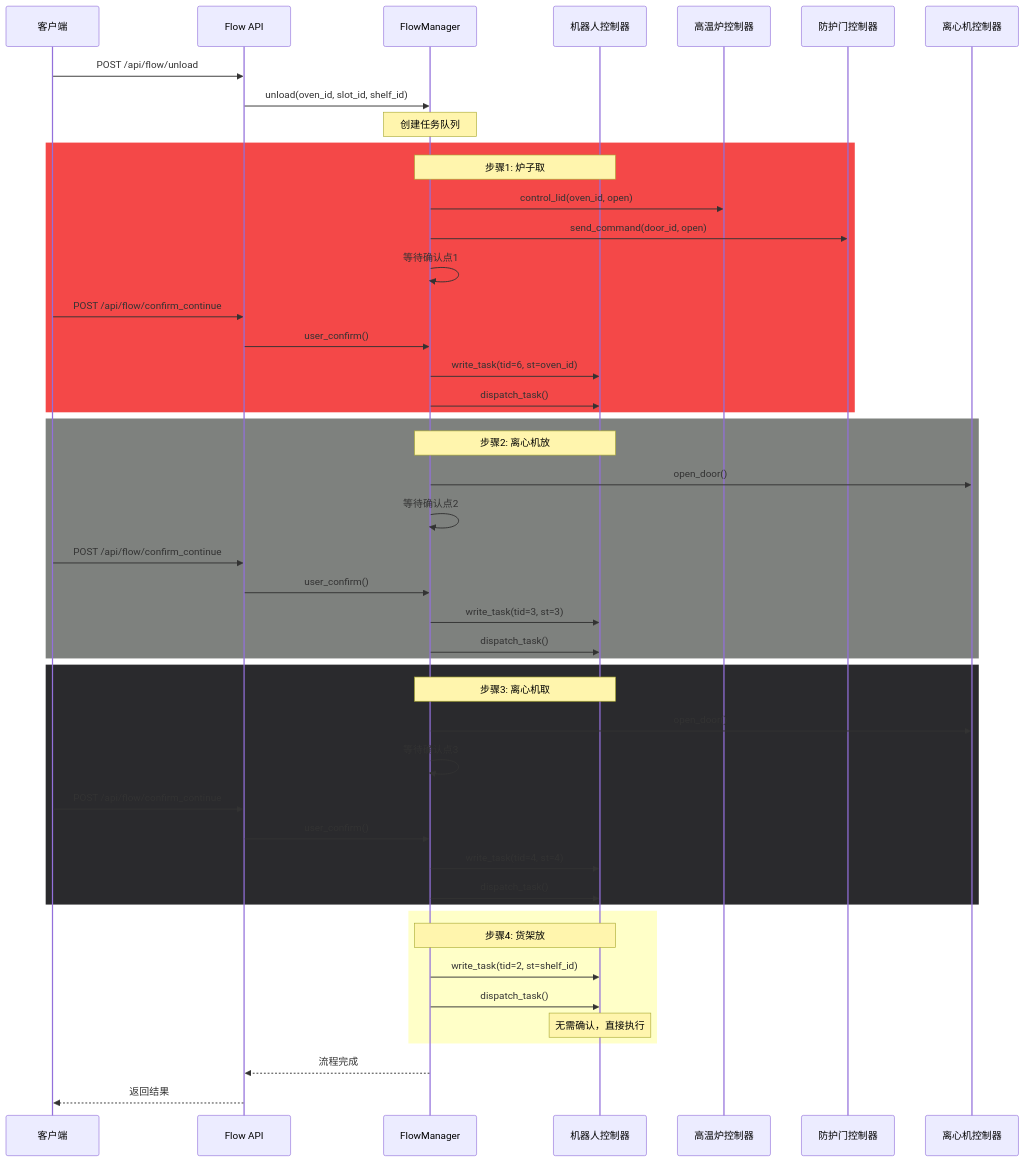
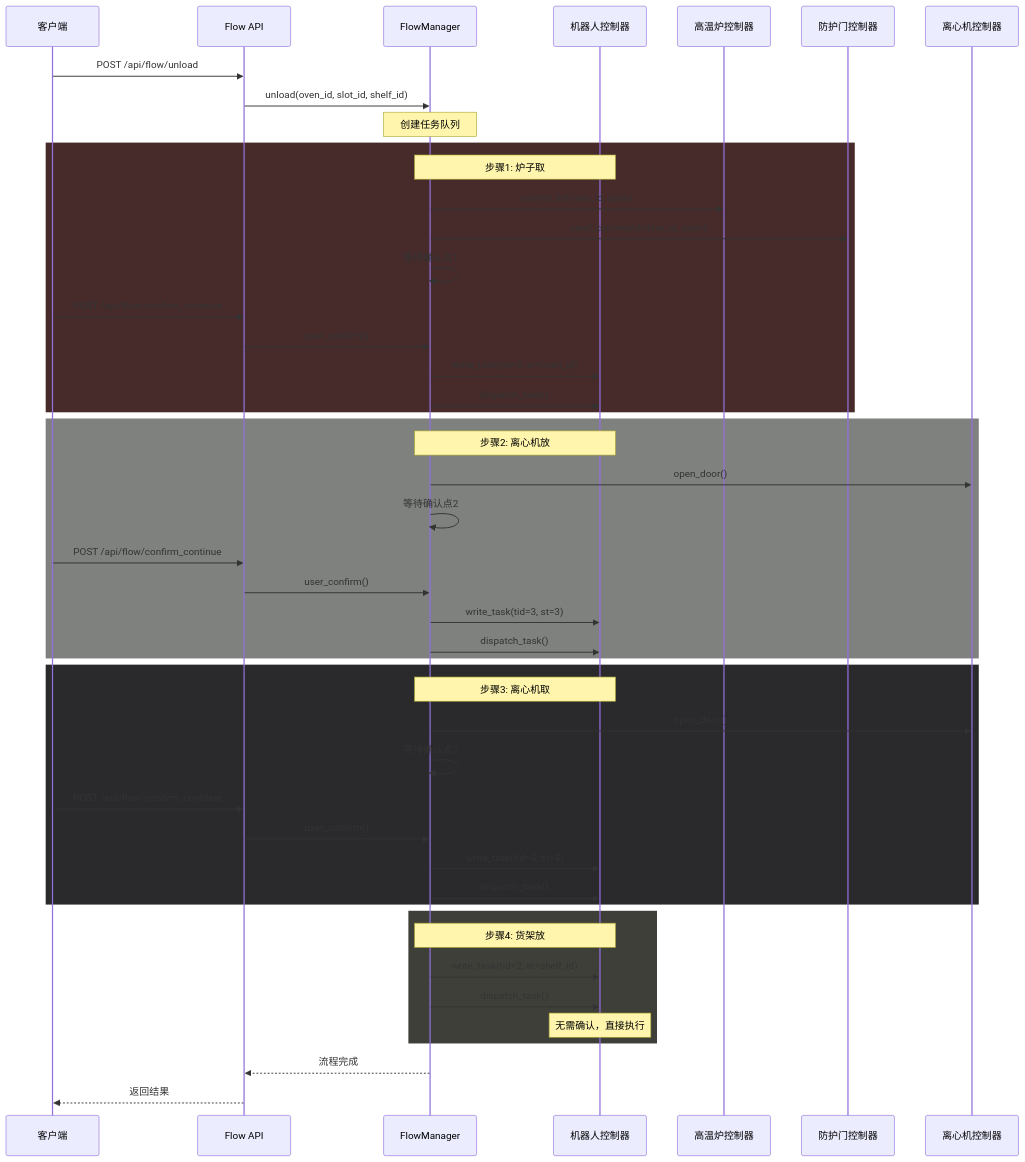
One commit to nipeone/ai4device changed the fifth of 9 diagrams in docs/系统架构流程图.md. Above: the diagram before and after it, drawn with Mermaid.

Commit message:
更新架构流程图

````diff
--- a/docs/系统架构流程图.md
+++ b/docs/系统架构流程图.md
@@ -309,56 +309,56 @@
 ```mermaid
 sequenceDiagram
     participant Client as 客户端
     participant API as Flow API
     participant FM as FlowManager
     participant Robot as 机器人控制器
     participant Oven as 高温炉控制器
     participant Door as 防护门控制器
     participant Cent as 离心机控制器
     
     Client->>API: POST /api/flow/unload
     API->>FM: unload(oven_id, slot_id, shelf_id)
     
     Note over FM: 创建任务队列
     
-    rect rgb(244, 72, 72)
+    rect rgb(71, 43, 43)
         Note over FM,Robot: 步骤1: 炉子取
         FM->>Oven: control_lid(oven_id, open)
         FM->>Door: send_command(door_id, open)
         FM->>FM: 等待确认点1
         Client->>API: POST /api/flow/confirm_continue
         API->>FM: user_confirm()
         FM->>Robot: write_task(tid=6, st=oven_id)
         FM->>Robot: dispatch_task()
     end
     
     rect rgb(126, 129, 126)
         Note over FM,Robot: 步骤2: 离心机放
         FM->>Cent: open_door()
         FM->>FM: 等待确认点2
         Client->>API: POST /api/flow/confirm_continue
         API->>FM: user_confirm()
         FM->>Robot: write_task(tid=3, st=3)
         FM->>Robot: dispatch_task()
     end
     
     rect rgb(42, 42, 45)
         Note over FM,Robot: 步骤3: 离心机取
         FM->>Cent: open_door()
         FM->>FM: 等待确认点3
         Client->>API: POST /api/flow/confirm_continue
         API->>FM: user_confirm()
         FM->>Robot: write_task(tid=4, st=4)
         FM->>Robot: dispatch_task()
     end
     
-    rect rgb(255, 255, 200)
+    rect rgb(63, 63, 58)
         Note over FM,Robot: 步骤4: 货架放
         FM->>Robot: write_task(tid=2, st=shelf_id)
         FM->>Robot: dispatch_task()
         Note over Robot: 无需确认，直接执行
     end
     
     FM-->>API: 流程完成
     API-->>Client: 返回结果
 ```
````
